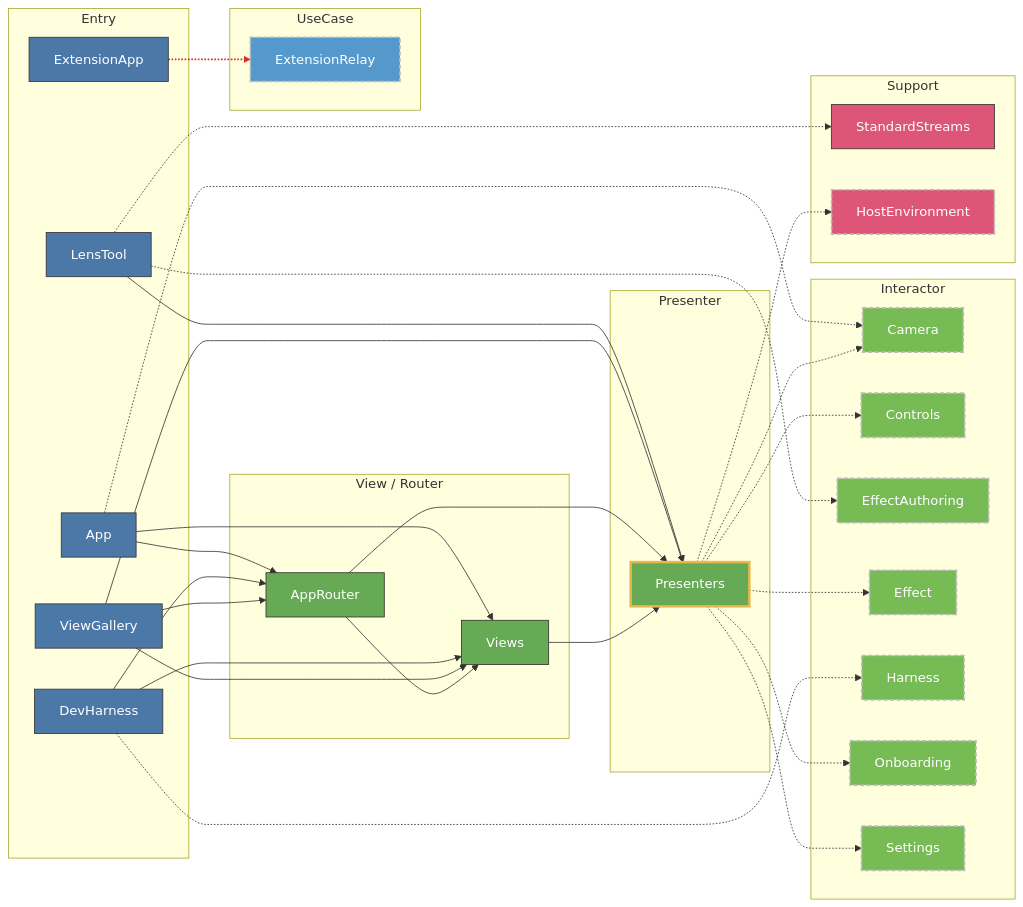
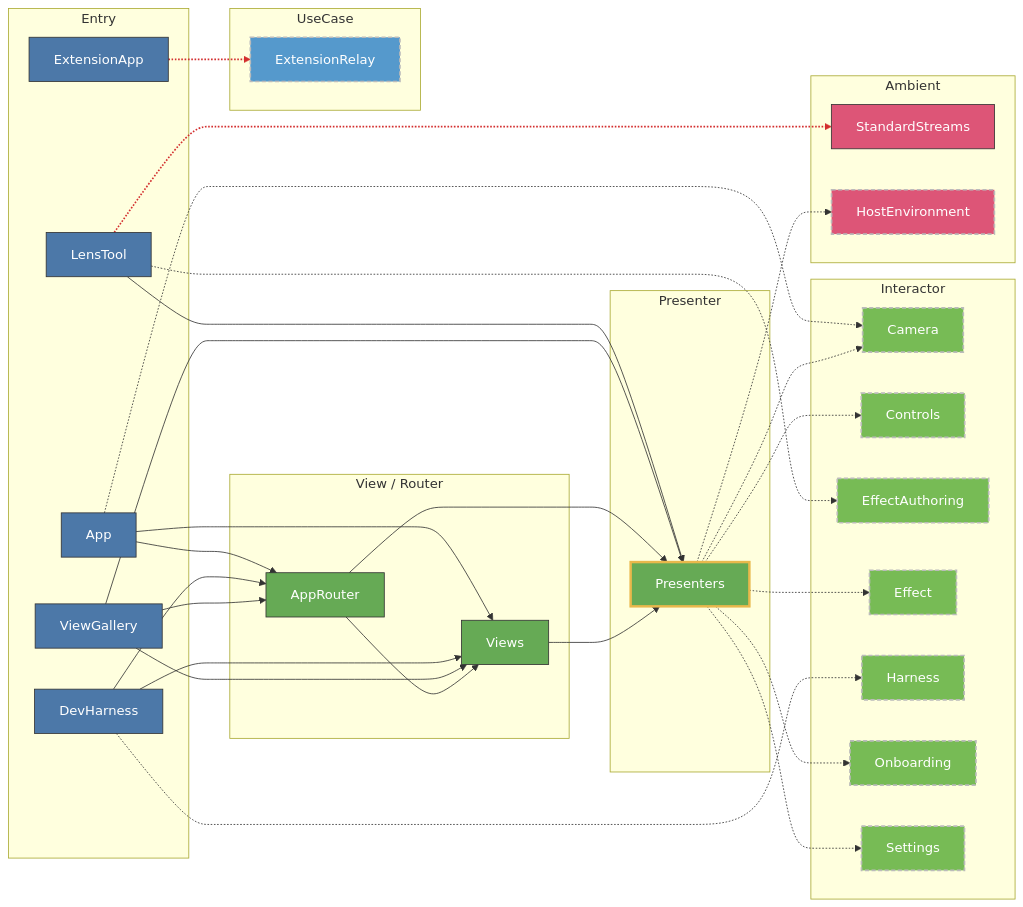
The second of 9 diagrams in docs/ARCHITECTURE.md (GeneralD/mirage), drawn with Mermaid before and after one commit. The commit also changed other lines of this file and 7 other files, not shown here.

First line of the commit message:
docs(architecture): generate the module diagrams from the package and the lint

````diff
--- a/docs/ARCHITECTURE.md
+++ b/docs/ARCHITECTURE.md
@@ -92,63 +93,63 @@
 ```mermaid
 graph LR
   subgraph Entry_entry["Entry"]
     App:::entry
     DevHarness:::entry
     LensTool:::entry
     ViewGallery:::entry
     ExtensionApp:::entry
   end
   subgraph Entry_view["View / Router"]
     AppRouter:::view
     Views:::view
   end
   subgraph Entry_pres["Presenter"]
     Presenters:::pres
   end
   subgraph Entry_int["Interactor"]
     CameraInteractor["Camera"]:::intx
     ControlsInteractor["Controls"]:::intx
     EffectAuthoringInteractor["EffectAuthoring"]:::intx
     EffectInteractor["Effect"]:::intx
     HarnessInteractor["Harness"]:::intx
     OnboardingInteractor["Onboarding"]:::intx
     SettingsInteractor["Settings"]:::intx
   end
   subgraph Entry_uc["UseCase"]
     ExtensionRelayUseCase["ExtensionRelay"]:::ucx
   end
-  subgraph Entry_sup["Support"]
-    StandardStreams:::sup
-    HostEnvironment:::supx
+  subgraph Entry_amb["Ambient"]
+    StandardStreams:::amb
+    HostEnvironment:::ambx
   end
   App --> AppRouter
   App --> Views
   DevHarness --> AppRouter
   DevHarness --> Views
   LensTool --> Presenters
   ViewGallery --> AppRouter
   ViewGallery --> Presenters
   ViewGallery --> Views
   AppRouter --> Presenters
   AppRouter --> Views
   Views --> Presenters
   App -.-> CameraInteractor
   DevHarness -.-> HarnessInteractor
   LensTool -.-> EffectAuthoringInteractor
   LensTool -.-> StandardStreams
   ExtensionApp -.-> ExtensionRelayUseCase
   Presenters -.-> CameraInteractor
   Presenters -.-> ControlsInteractor
   Presenters -.-> EffectInteractor
   Presenters -.-> HostEnvironment
   Presenters -.-> OnboardingInteractor
   Presenters -.-> SettingsInteractor
+  classDef amb fill:#d57,stroke:#333,color:#fff
+  classDef ambx fill:#d57,stroke:#bbb,stroke-width:2px,stroke-dasharray:5 3,color:#fff
   classDef entry fill:#4c78a8,stroke:#333,color:#fff
   classDef intx fill:#7b5,stroke:#bbb,stroke-width:2px,stroke-dasharray:5 3,color:#fff
   classDef pres fill:#6a5,stroke:#E9B84C,stroke-width:3px,color:#fff
-  classDef sup fill:#d57,stroke:#333,color:#fff
-  classDef supx fill:#d57,stroke:#bbb,stroke-width:2px,stroke-dasharray:5 3,color:#fff
   classDef ucx fill:#59c,stroke:#bbb,stroke-width:2px,stroke-dasharray:5 3,color:#fff
   classDef view fill:#6a5,stroke:#333,color:#fff
-  linkStyle 15 stroke:#d32f2f,stroke-width:2px
+  linkStyle 14,15 stroke:#d32f2f,stroke-width:2px
 ```
````
